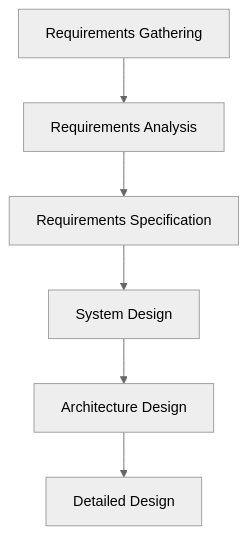
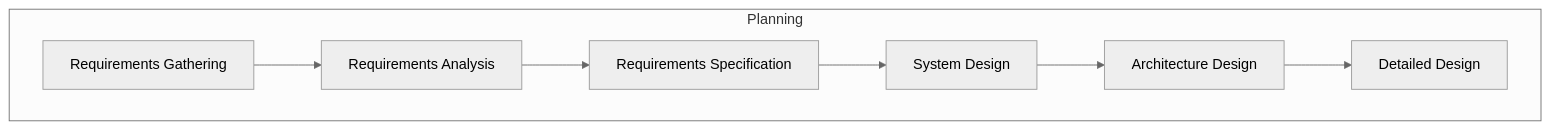
The sixth of 54 diagrams in temp-charts/flowchart_sequence/README.md (isauravmanitripathi/Animate-Mermaid-Chart), drawn with Mermaid (neutral theme) before and after one commit. The commit also changed other lines of this file and 58 other files, not shown here.

Commit message:
added proper working diagrams

````diff
--- a/temp-charts/flowchart_sequence/README.md
+++ b/temp-charts/flowchart_sequence/README.md
@@ -47,8 +73,17 @@
 ```mermaid
 flowchart TD
-A[Requirements Gathering] --> A1[Requirements Analysis]
-A1 --> A2[Requirements Specification]
-A2 --> B[System Design]
-B --> B1[Architecture Design]
-B1 --> B2[Detailed Design]
+    A[Requirements Gathering] --> A1[Requirements Analysis]
+    A1 --> A2[Requirements Specification]
+    A2 --> B[System Design]
+    B --> B1[Architecture Design]
+    B1 --> B2[Detailed Design]
+
+subgraph Planning
+A
+A1
+A2
+B
+B1
+B2
+end
 ```
````
